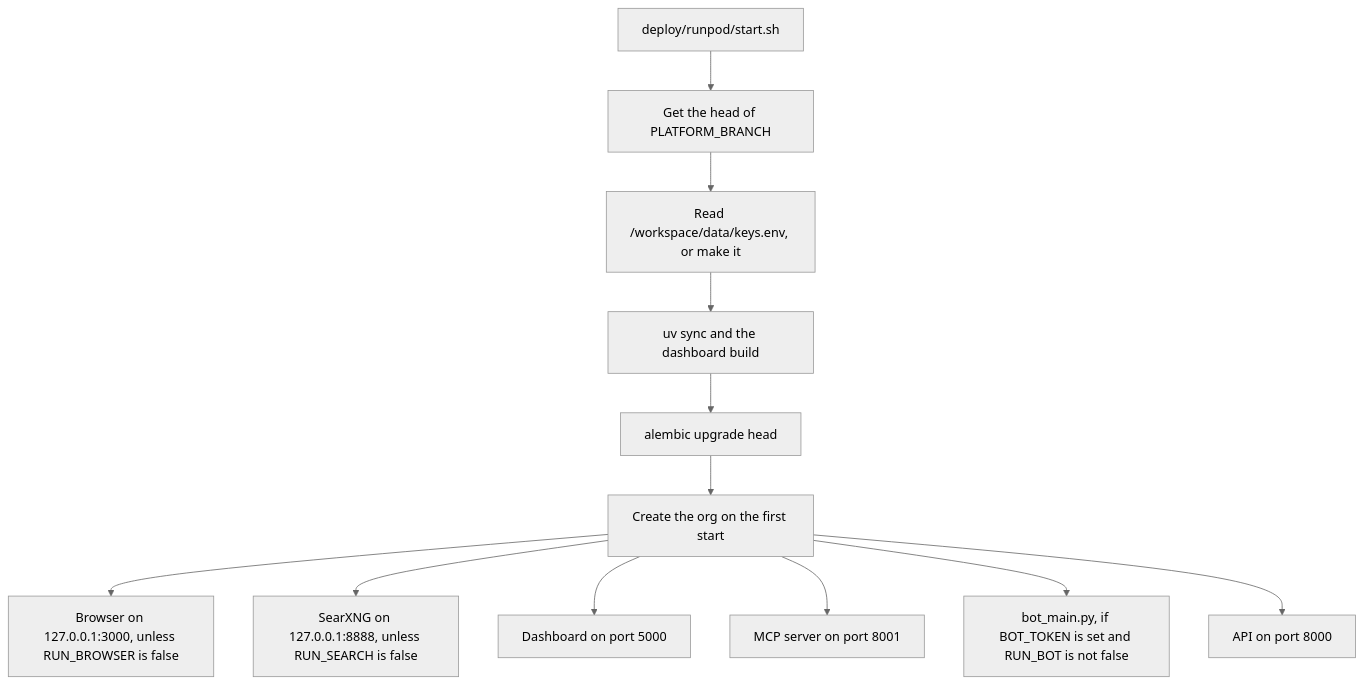
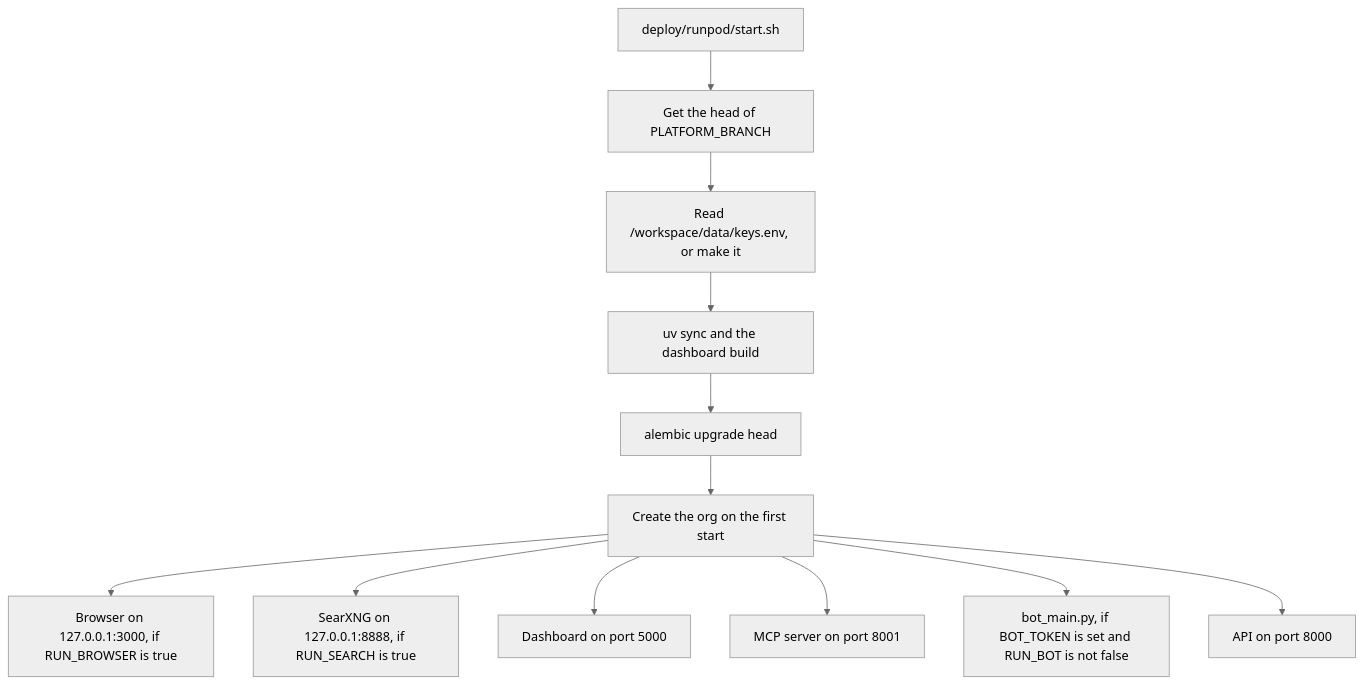
Before and after one commit to asusoda/platform: the diagram in docs/getting-started.md, drawn with Mermaid (neutral theme). The commit also changed other lines of this file and 1 other file, not shown here.

Commit message:
Keep the pod browser and SearXNG off by default
Most pods, such as SoDA's, do not want the extra processes. AIS turns
them on with RUN_BROWSER and RUN_SEARCH.

````diff
--- a/docs/getting-started.md
+++ b/docs/getting-started.md
@@ -87,14 +87,14 @@
 ```mermaid
 flowchart TD
   start["deploy/runpod/start.sh"] --> fetch["Get the head of PLATFORM_BRANCH"]
   fetch --> keys["Read /workspace/data/keys.env, or make it"]
   keys --> build["uv sync and the dashboard build"]
   build --> migrate["alembic upgrade head"]
   migrate --> org["Create the org on the first start"]
-  org --> browser["Browser on 127.0.0.1:3000, unless RUN_BROWSER is false"]
-  org --> search["SearXNG on 127.0.0.1:8888, unless RUN_SEARCH is false"]
+  org --> browser["Browser on 127.0.0.1:3000, if RUN_BROWSER is true"]
+  org --> search["SearXNG on 127.0.0.1:8888, if RUN_SEARCH is true"]
   org --> dash["Dashboard on port 5000"]
   org --> mcp["MCP server on port 8001"]
   org --> bot["bot_main.py, if BOT_TOKEN is set and RUN_BOT is not false"]
   org --> api["API on port 8000"]
 ```
````
